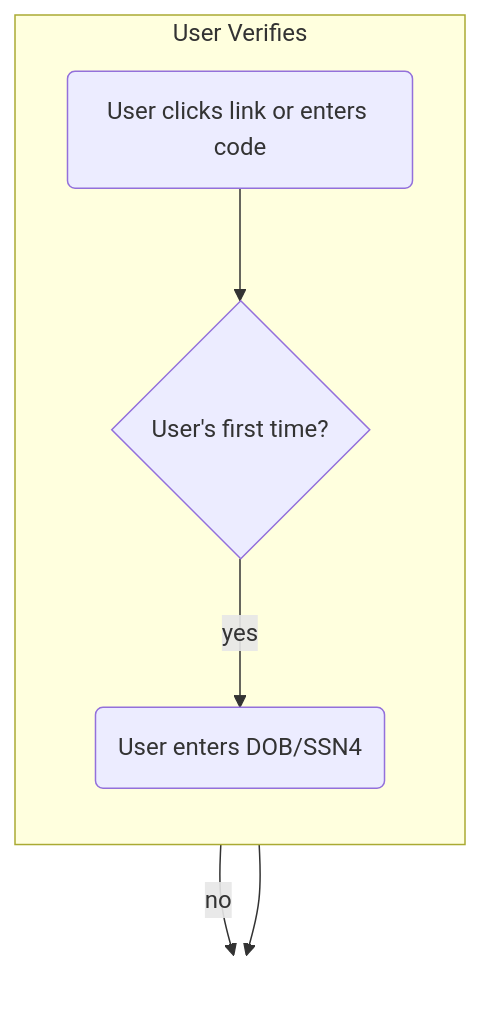
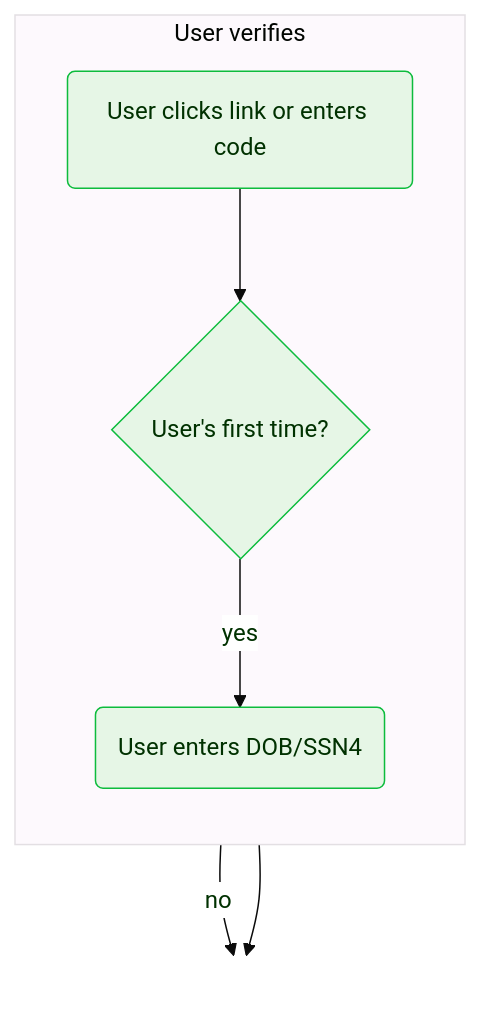
The third of 5 diagrams in docs/1-click-signup.mdx (VerifiedInc/VerifiedInc.github.io), drawn with Mermaid before and after one commit. The commit also changed other lines of this file and 2 other files, not shown here.

````diff
--- a/docs/1-click-signup.mdx
+++ b/docs/1-click-signup.mdx
@@ -131,12 +161,27 @@
         ```mermaid
+        %%{
+            init: {
+                'theme': 'base',
+                'themeVariables': {
+                    'primaryColor': '#e6f6e6',
+                    'primaryTextColor': '#003100',
+                    'primaryBorderColor': '#0dbc3d',
+                    'secondaryColor': '#eef9fd',
+                    'secondaryTextColor': '#193c47',
+                    'secondaryBorderColor': '#164fd6',
+                    'edgeLabelBackground': '#ffffff',
+                    'textColor': '#000000'
+                }
+            }
+        }%%
         flowchart TD
-            subgraph user-verifies[User Verifies]
+            subgraph user-verifies[User verifies]
                 direction TB
                 B(User clicks link or enters code) --> C{User's first time?}
                 C -->|yes| D(User enters DOB/SSN4)
             end
             C -->|no| E[ ]
             D --> E
 
             style E fill-opacity:0, stroke-opacity:0;
         ```
````
